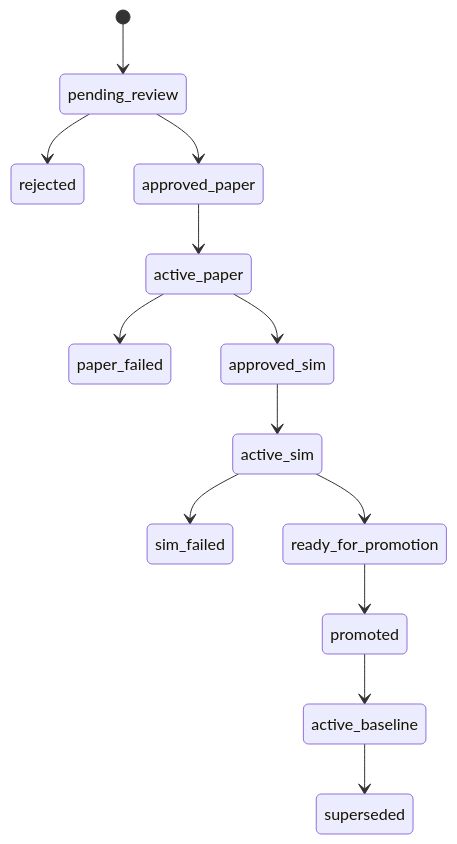
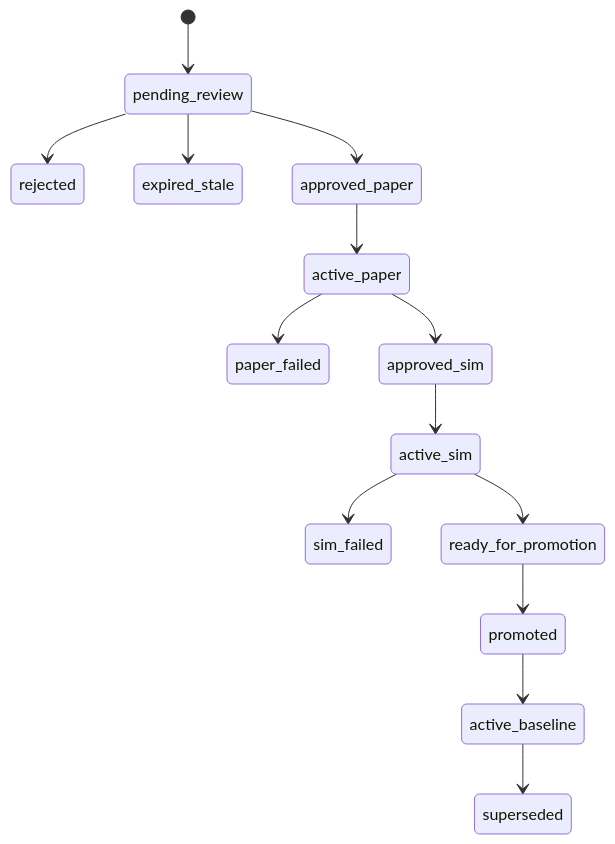
Before and after one commit to simonellefsen/saxo-daytrader-rust: the fifth of 5 diagrams in docs/hermes-agent.md, drawn with Mermaid. The commit also changed other lines of this file and 7 other files, not shown here.

````diff
--- a/docs/hermes-agent.md
+++ b/docs/hermes-agent.md
@@ -556,15 +564,16 @@
 ```mermaid
 stateDiagram-v2
   [*] --> pending_review
   pending_review --> rejected
+  pending_review --> expired_stale
   pending_review --> approved_paper
   approved_paper --> active_paper
   active_paper --> paper_failed
   active_paper --> approved_sim
   approved_sim --> active_sim
   active_sim --> sim_failed
   active_sim --> ready_for_promotion
   ready_for_promotion --> promoted
   promoted --> active_baseline
   active_baseline --> superseded
 ```
````
